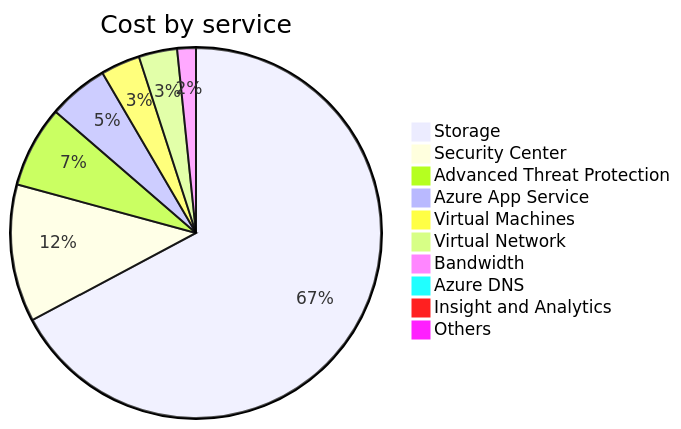
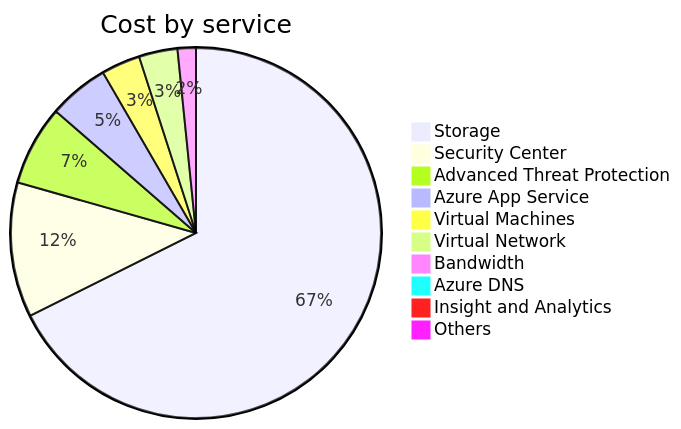
Before and after one commit to jpfulton/azure-personal-reports: the second of 4 diagrams in cost-reports/accumulated-cost.md, drawn with Mermaid. The commit also changed other lines of this file and 3 other files, not shown here.

````diff
--- a/cost-reports/accumulated-cost.md
+++ b/cost-reports/accumulated-cost.md
@@ -102,14 +102,14 @@
 ```mermaid
 pie
    title Cost by service
-   "Storage" : 110.72
+   "Storage" : 113.69
    "Security Center" : 19.78
-   "Advanced Threat Protection" : 11.72
-   "Azure App Service" : 8.63
-   "Virtual Machines" : 5.66
-   "Virtual Network" : 5.52
+   "Advanced Threat Protection" : 11.73
+   "Azure App Service" : 8.83
+   "Virtual Machines" : 5.71
+   "Virtual Network" : 5.66
    "Bandwidth" : 2.69
-   "Azure DNS" : 0.71
+   "Azure DNS" : 0.73
    "Insight and Analytics" : 0.00
    "Others" : 0.00
 ```
````
